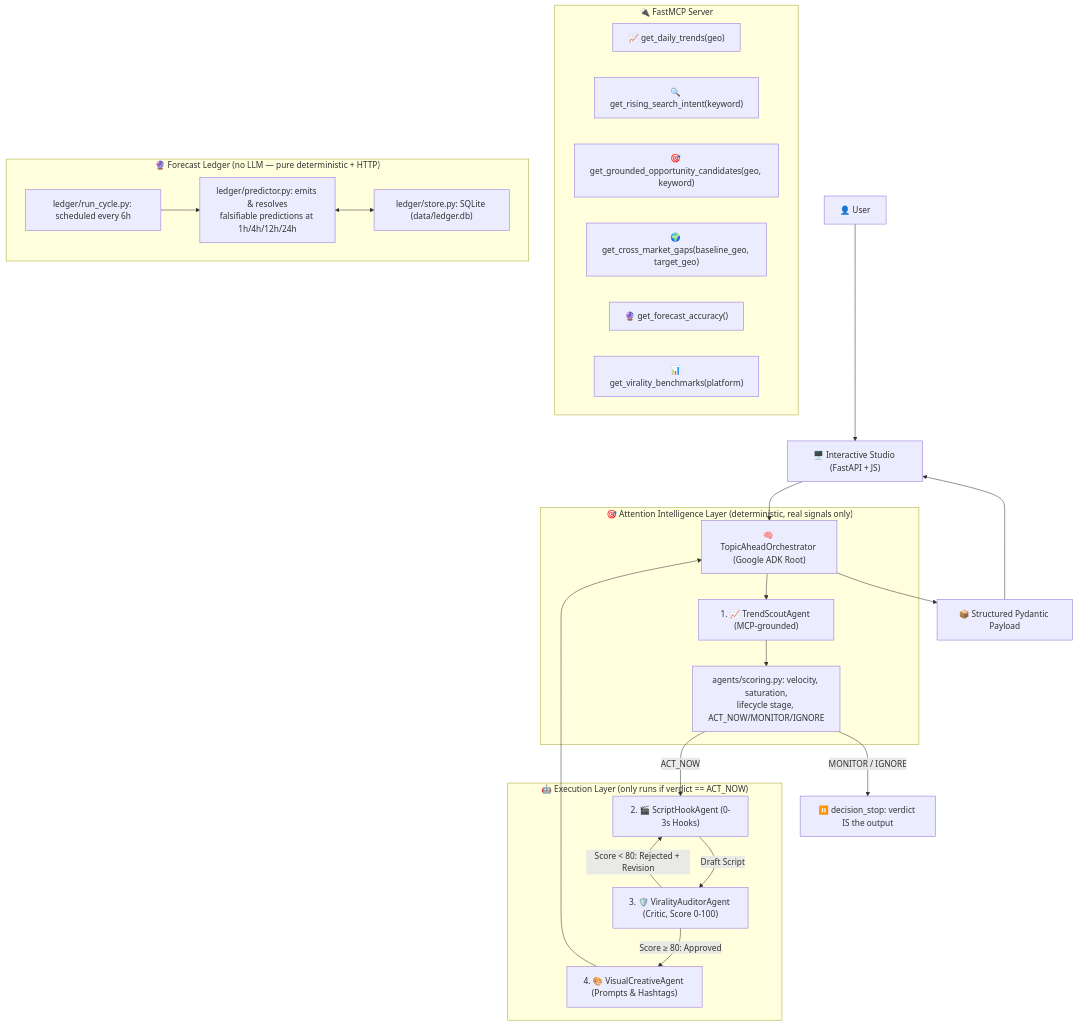
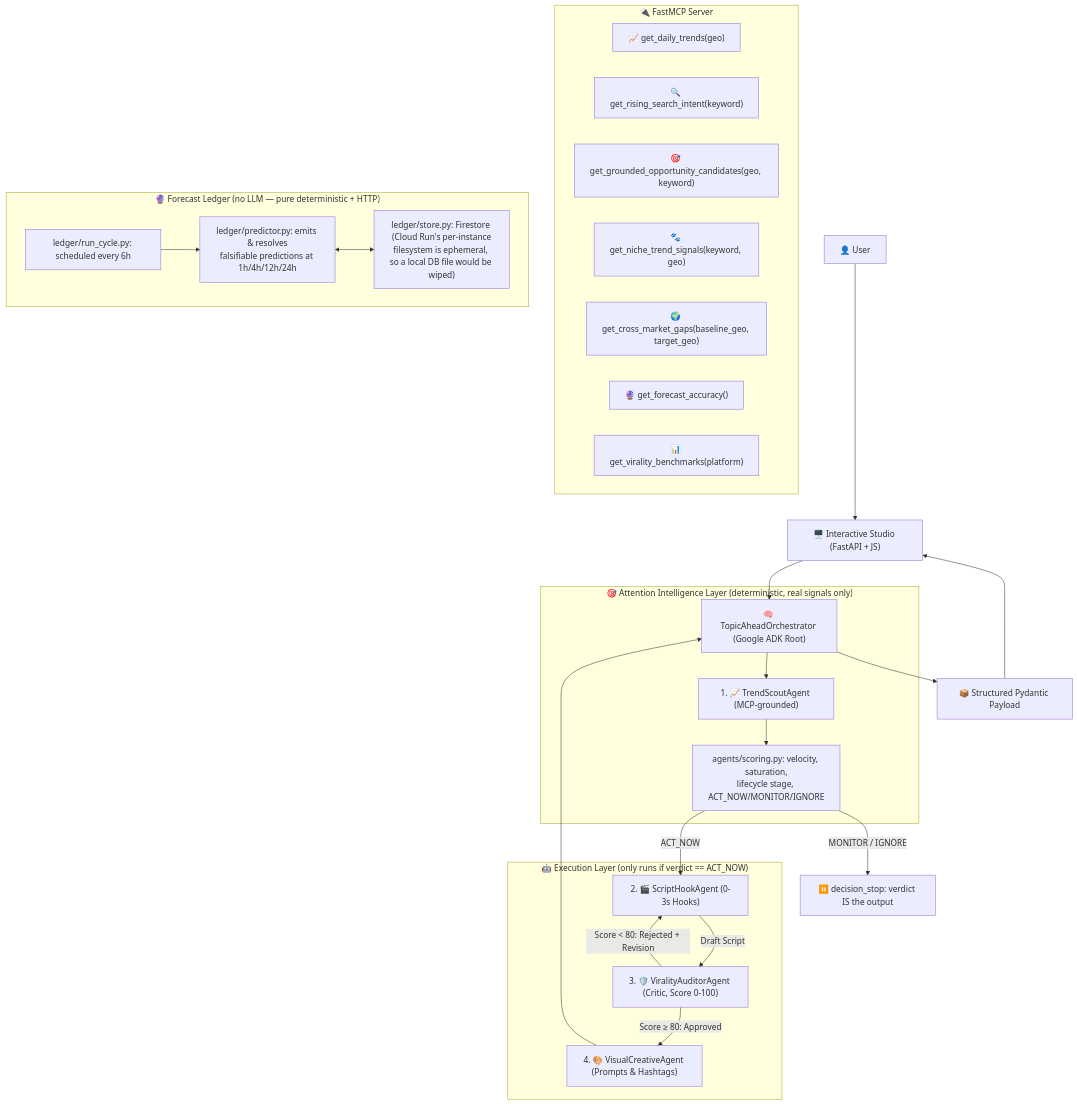
One commit to yobanrg6-coder/the-promise-ledger changed the diagram in README.md. Above: the diagram before and after it, drawn with Mermaid. The commit also changed other lines of this file and 2 other files, not shown here.

First line of the commit message:
Fix README/architecture-diagram claims left stale by the Firestore migration and niche-signals tool

````diff
--- a/README.md
+++ b/README.md
@@ -27,40 +27,41 @@
 ```mermaid
 flowchart TD
     User["👤 User"] --> WebUI["🖥️ Interactive Studio (FastAPI + JS)"]
     WebUI --> Orchestrator["🧠 TopicAheadOrchestrator (Google ADK Root)"]
 
     subgraph MCPLayer ["🔌 FastMCP Server"]
         TrendsTool["📈 get_daily_trends(geo)"]
         IntentTool["🔍 get_rising_search_intent(keyword)"]
         RadarTool["🎯 get_grounded_opportunity_candidates(geo, keyword)"]
+        NicheTool["🐾 get_niche_trend_signals(keyword, geo)"]
         GapsTool["🌍 get_cross_market_gaps(baseline_geo, target_geo)"]
         LedgerTool["🔮 get_forecast_accuracy()"]
         BenchmarkTool["📊 get_virality_benchmarks(platform)"]
     end
 
     subgraph AttentionLayer ["🎯 Attention Intelligence Layer (deterministic, real signals only)"]
         Orchestrator --> Agent1["1. 📈 TrendScoutAgent (MCP-grounded)"]
         Agent1 --> Scoring["agents/scoring.py: velocity, saturation,\nlifecycle stage, ACT_NOW/MONITOR/IGNORE"]
     end
 
     subgraph Ledger ["🔮 Forecast Ledger (no LLM — pure deterministic + HTTP)"]
         Predictor["ledger/predictor.py: emits & resolves\nfalsifiable predictions at 1h/4h/12h/24h"]
-        Store["ledger/store.py: SQLite (data/ledger.db)"]
+        Store["ledger/store.py: Firestore (Cloud Run's per-instance\nfilesystem is ephemeral, so a local DB file would be wiped)"]
         Cycle["ledger/run_cycle.py: scheduled every 6h"]
     end
 
     subgraph ExecutionLayer ["🤖 Execution Layer (only runs if verdict == ACT_NOW)"]
         Agent2["2. 🎬 ScriptHookAgent (0-3s Hooks)"]
         Agent2 -->|"Draft Script"| Agent3["3. 🛡️ ViralityAuditorAgent (Critic, Score 0-100)"]
         Agent3 -->|"Score < 80: Rejected + Revision"| Agent2
         Agent3 -->|"Score ≥ 80: Approved"| Agent4["4. 🎨 VisualCreativeAgent (Prompts & Hashtags)"]
     end
 
     Scoring -->|"ACT_NOW"| Agent2
     Scoring -->|"MONITOR / IGNORE"| Stop["⏸️ decision_stop: verdict IS the output"]
     Agent4 --> Orchestrator
     Predictor <--> Store
     Cycle --> Predictor
     Orchestrator --> Output["📦 Structured Pydantic Payload"]
     Output --> WebUI
 ```
````
